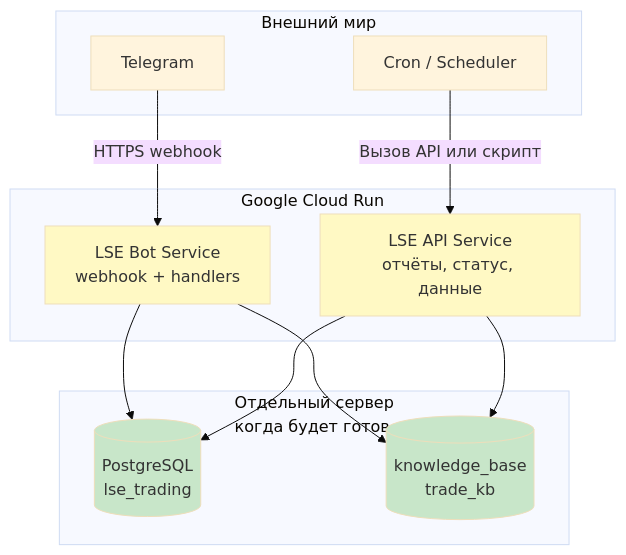
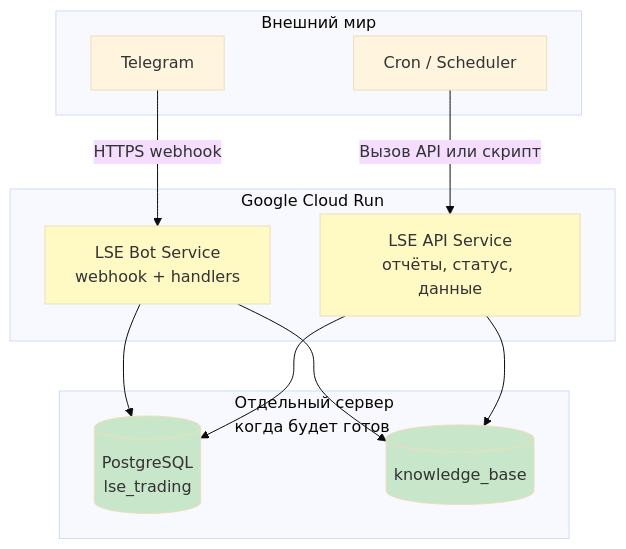
Diagram 22 of 23 in BUSINESS_PROCESSES.md (kobyzev-yuri/lse), drawn with Mermaid (base theme) before and after one commit. The commit also changed other lines of this file and 30 other files, not shown here.

````diff
--- a/BUSINESS_PROCESSES.md
+++ b/BUSINESS_PROCESSES.md
@@ -823,30 +818,30 @@
 ```mermaid
 flowchart TB
     subgraph External[Внешний мир]
         TG[Telegram]
         CRON[Cron / Scheduler]
     end
     
     subgraph GCP[Google Cloud Run]
         BOT[LSE Bot Service<br/>webhook + handlers]
         API[LSE API Service<br/>отчёты, статус, данные]
     end
     
     subgraph Server[Отдельный сервер<br/>когда будет готов]
         PG[(PostgreSQL<br/>lse_trading)]
-        KB[(knowledge_base<br/>trade_kb)]
+        KB[(knowledge_base)]
     end
     
     TG -->|HTTPS webhook| BOT
     CRON -->|Вызов API или скрипт| API
     
     BOT --> PG
     BOT --> KB
     API --> PG
     API --> KB
     
     style BOT fill:#fff9c4
     style API fill:#fff9c4
     style PG fill:#c8e6c9
     style KB fill:#c8e6c9
 ```
````
